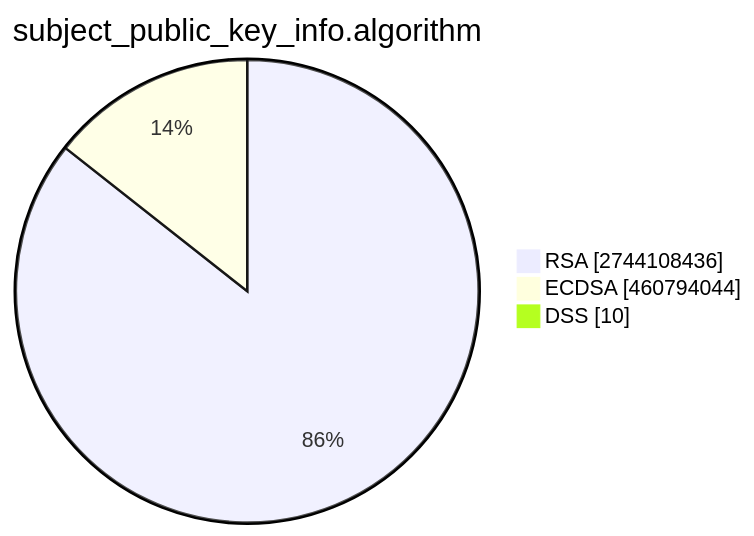
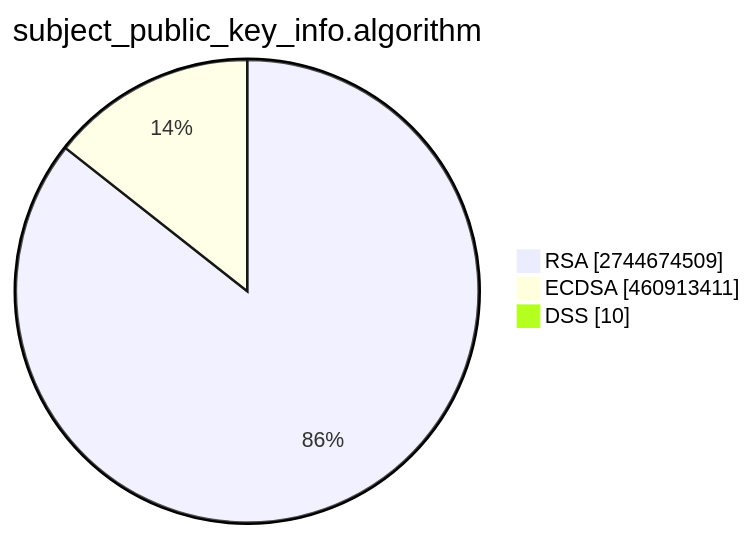
One commit to christiankrug/ctmonitor_visualization changed the second of 15 diagrams in TOTAL/README.md. Above: the diagram before and after it, drawn with Mermaid. The commit also changed other lines of this file, not shown here.

````diff
--- a/TOTAL/README.md
+++ b/TOTAL/README.md
@@ -6,7 +6,7 @@
 ```mermaid
 pie showData
 title subject_public_key_info.algorithm
-"RSA" :2744108436
-"ECDSA" :460794044
+"RSA" :2744674509
+"ECDSA" :460913411
 "DSS" :10
 ```
````
